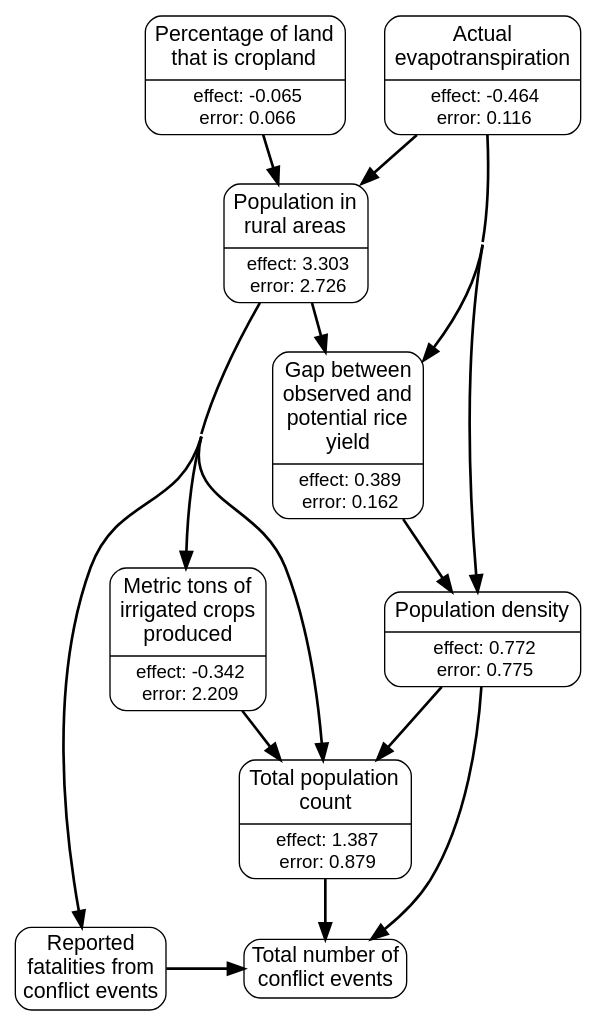
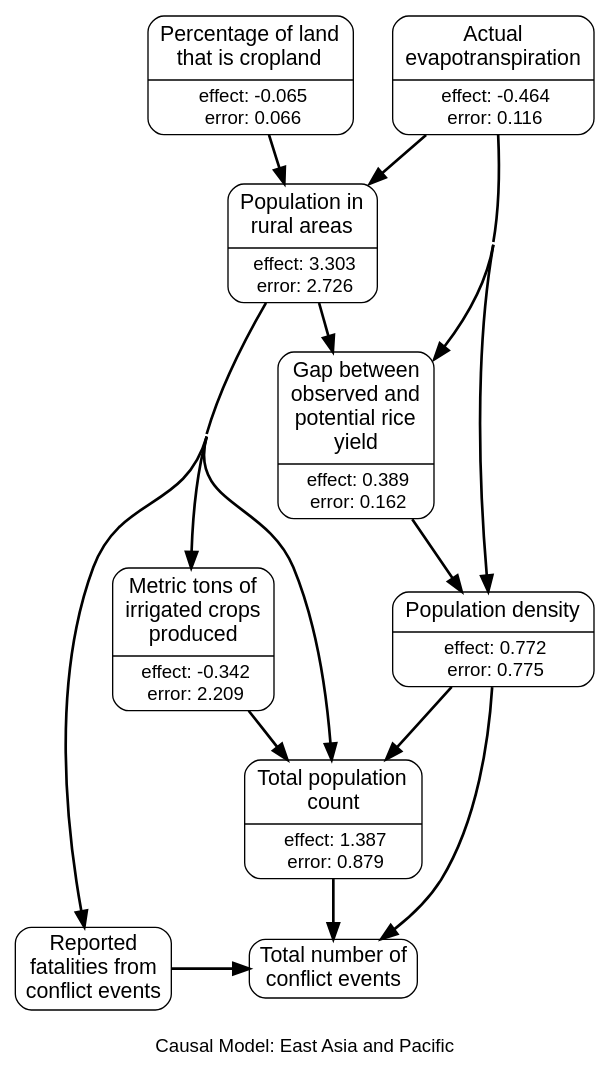
One commit to wri/wri-wpsi changed the diagram in app/javascript/images/regions/causal_graphs/east_asia_and_pacific.gv. Above: the diagram before and after it, drawn with Graphviz. The commit also changed 16 other files, not shown here.

```diff
--- a/app/javascript/images/regions/causal_graphs/east_asia_and_pacific.gv
+++ b/app/javascript/images/regions/causal_graphs/east_asia_and_pacific.gv
@@ -1,70 +1,74 @@
 # generated file for region: east_asia_and_pacific by CausalModelRegionGenerator
 strict digraph causalModel {
+fontname="Helvetica, Arial, sans-serif";
+label="
+Causal Model: East Asia and Pacific";
+labelloc = b;
 nodesep = 0.4;
 concentrate = true;
-node[shape = Mrecord, fontname = "Helvetica, Arial, sans-serif", margin = "0.07,0.05", penwidth = 1.0];
+node[shape = Mrecord, fontname = "Helvetica, Arial, sans-serif", margin = "0.10,0.06", penwidth = 1.0];
 edge[arrowsize = 1.2, penwidth = 2];
 
 # nodes
 spam_P_i_sum_s [label = <{<table align="center" border="0" cellspacing="1" cellpadding="1">
 <tr><td><font point-size="16">Metric tons of<br/>irrigated crops<br/>produced<br/></font></td></tr>
 </table>
 |<table border="0" cellspacing="1" cellpadding="0.5"><tr><td><font point-size="14">effect: -0.342</font></td></tr>
 <tr><td><font point-size="14">error: 2.209</font></td></tr></table>}>, class = rankB];
 rurpop_s [label = <{<table align="center" border="0" cellspacing="1" cellpadding="1">
 <tr><td><font point-size="16">Population in<br/>rural areas<br/></font></td></tr>
 </table>
 |<table border="0" cellspacing="1" cellpadding="0.5"><tr><td><font point-size="14">effect: 3.303</font></td></tr>
 <tr><td><font point-size="14">error: 2.726</font></td></tr></table>}>, class = rankB];
 Cropland2000_mean_percent_s [label = <{<table align="center" border="0" cellspacing="1" cellpadding="1">
 <tr><td><font point-size="16">Percentage of land<br/>that is cropland<br/></font></td></tr>
 </table>
 |<table border="0" cellspacing="1" cellpadding="0.5"><tr><td><font point-size="14">effect: -0.065</font></td></tr>
 <tr><td><font point-size="14">error: 0.066</font></td></tr></table>}>, class = rankA];
 loccount_y [label = <{<table align="center" border="0" cellspacing="1" cellpadding="1">
 <tr><td><font point-size="16">Total population<br/>count<br/></font></td></tr>
 </table>
 |<table border="0" cellspacing="1" cellpadding="0.5"><tr><td><font point-size="14">effect: 1.387</font></td></tr>
 <tr><td><font point-size="14">error: 0.879</font></td></tr></table>}>, class = rankB];
 locdensity_y [label = <{<table align="center" border="0" cellspacing="1" cellpadding="1">
 <tr><td><font point-size="16">Population density</font></td></tr>
 </table>
 |<table border="0" cellspacing="1" cellpadding="0.5"><tr><td><font point-size="14">effect: 0.772</font></td></tr>
 <tr><td><font point-size="14">error: 0.775</font></td></tr></table>}>, class = rankB];
 yield_gap_rice_s [label = <{<table align="center" border="0" cellspacing="1" cellpadding="1">
 <tr><td><font point-size="16">Gap between<br/>observed and<br/>potential rice<br/>yield<br/></font></td></tr>
 </table>
 |<table border="0" cellspacing="1" cellpadding="0.5"><tr><td><font point-size="14">effect: 0.389</font></td></tr>
 <tr><td><font point-size="14">error: 0.162</font></td></tr></table>}>, class = rankB];
 et_actl_m_MIN_m [label = <{<table align="center" border="0" cellspacing="1" cellpadding="1">
 <tr><td><font point-size="16">Actual<br/>evapotranspiration<br/></font></td></tr>
 </table>
 |<table border="0" cellspacing="1" cellpadding="0.5"><tr><td><font point-size="14">effect: -0.464</font></td></tr>
 <tr><td><font point-size="14">error: 0.116</font></td></tr></table>}>, class = rankA];
 acl_sum_evnt_m [label = "Total number of
 conflict events", class = rankC, shape=box, style=rounded, fontsize="16pt"];
 acl_sum_fatl_m [label = "Reported
 fatalities from
 conflict events", class = rankC, shape=box, style=rounded, fontsize="16pt"];
 
 #ranks
 {rank=same; Cropland2000_mean_percent_s et_actl_m_MIN_m; }
 {rank=same; acl_sum_evnt_m acl_sum_fatl_m; }
 
 # links
 spam_P_i_sum_s -> loccount_y ;
 rurpop_s -> spam_P_i_sum_s ;
 rurpop_s -> loccount_y ;
 rurpop_s -> yield_gap_rice_s ;
 rurpop_s -> acl_sum_fatl_m ;
 Cropland2000_mean_percent_s -> rurpop_s ;
 loccount_y -> acl_sum_evnt_m ;
 locdensity_y -> loccount_y ;
 locdensity_y -> acl_sum_evnt_m ;
 yield_gap_rice_s -> locdensity_y ;
 et_actl_m_MIN_m -> rurpop_s ;
 et_actl_m_MIN_m -> locdensity_y ;
 et_actl_m_MIN_m -> yield_gap_rice_s ;
 acl_sum_fatl_m -> acl_sum_evnt_m ;
 
 }
```
